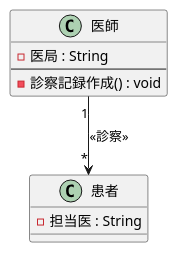
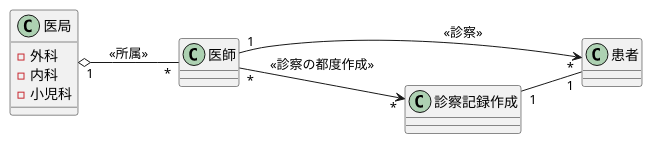
The diagram in 演習3-2_CL_医師と患者と医局と診療記録.pu (Ragamn/uml-introduction), drawn with PlantUML before and after one commit.

Commit message:
修正

```diff
--- a/演習3-2_CL_医師と患者と医局と診療記録.pu
+++ b/演習3-2_CL_医師と患者と医局と診療記録.pu
@@ -1,11 +1,21 @@
 @startuml
+left to right direction
 class 医師 {
-- 医局 : String
----
-- 診察記録作成() : void 
+
 }
 class 患者 {
-- 担当医 : String
+
+}
+class 医局 {
+- 外科
+- 内科
+- 小児科
+}
+class 診察記録作成 {
+
 }
 医師 "1" --> "*" 患者: <<診察>>
+医局 "1" o-- "*" 医師:<<所属>>
+医師 "*" --> "*" 診察記録作成: <<診察の都度作成>>
+診察記録作成 "1" -- "1" 患者
 @enduml
```
